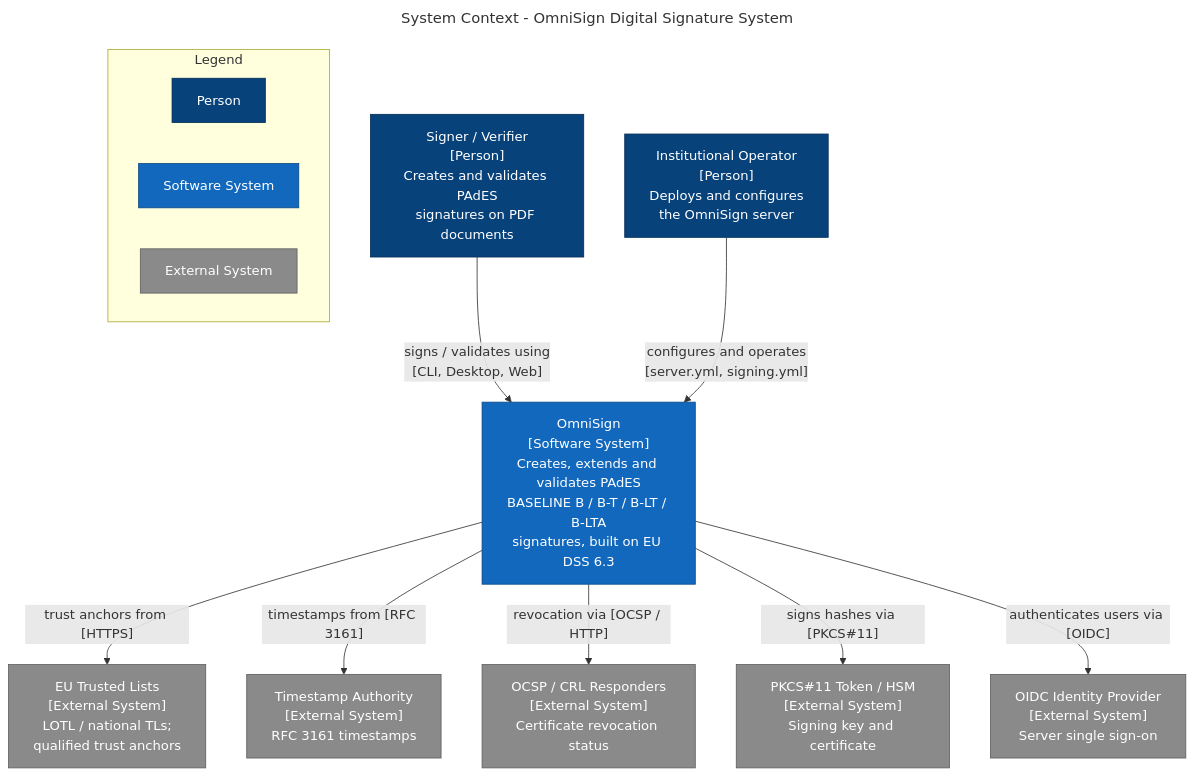
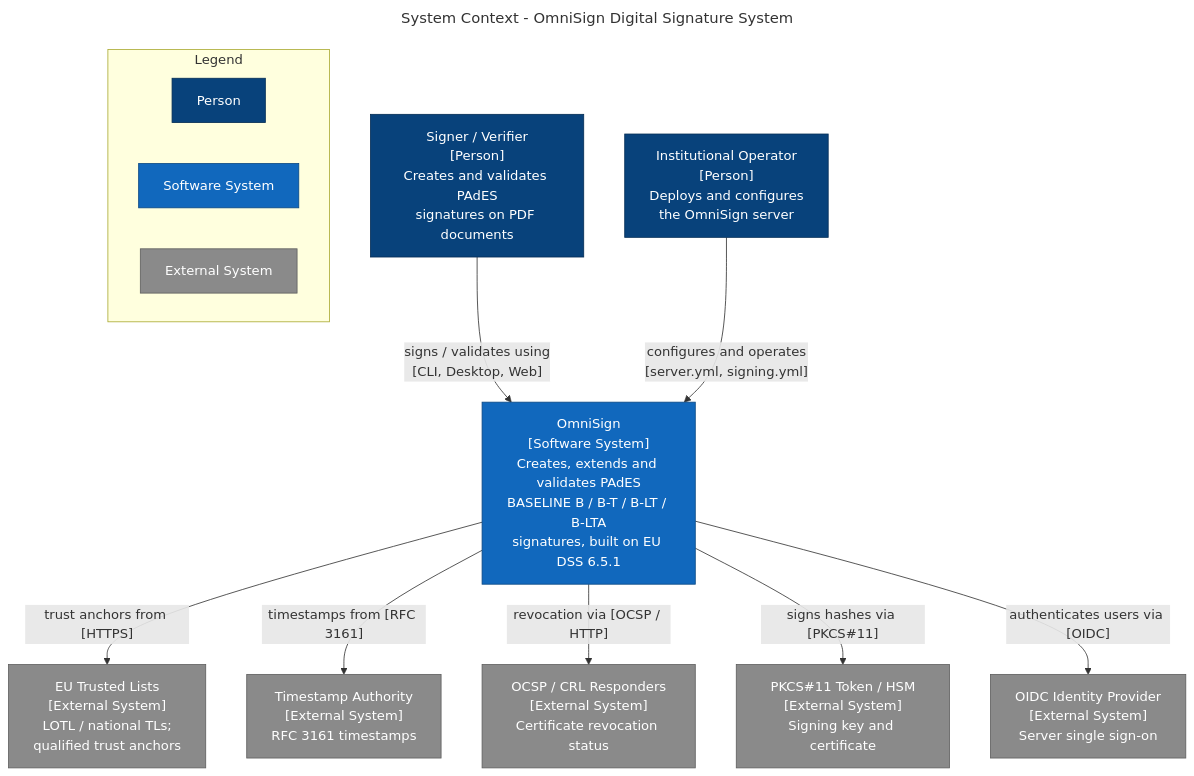
The diagram in docs/diagrams/01-system-context.mmd (pizavo/omnisign), drawn with Mermaid before and after one commit. The commit also changed 69 other files, not shown here.

```diff
--- a/docs/diagrams/01-system-context.mmd
+++ b/docs/diagrams/01-system-context.mmd
@@ -1,36 +1,36 @@
 ---
 title: System Context - OmniSign Digital Signature System
 ---
 flowchart TB
   user["Signer / Verifier<br/>[Person]<br/>Creates and validates PAdES<br/>signatures on PDF documents"]
   admin["Institutional Operator<br/>[Person]<br/>Deploys and configures<br/>the OmniSign server"]
 
-  omnisign["OmniSign<br/>[Software System]<br/>Creates, extends and validates PAdES<br/>BASELINE B / B-T / B-LT / B-LTA<br/>signatures, built on EU DSS 6.3"]
+  omnisign["OmniSign<br/>[Software System]<br/>Creates, extends and validates PAdES<br/>BASELINE B / B-T / B-LT / B-LTA<br/>signatures, built on EU DSS 6.5.1"]
 
   tl["EU Trusted Lists<br/>[External System]<br/>LOTL / national TLs;<br/>qualified trust anchors"]
   tsa["Timestamp Authority<br/>[External System]<br/>RFC 3161 timestamps"]
   rev["OCSP / CRL Responders<br/>[External System]<br/>Certificate revocation status"]
   idp["OIDC Identity Provider<br/>[External System]<br/>Server single sign-on"]
   token["PKCS#11 Token / HSM<br/>[External System]<br/>Signing key and certificate"]
 
   user -->|"signs / validates using<br/>[CLI, Desktop, Web]"| omnisign
   admin -->|"configures and operates<br/>[server.yml, signing.yml]"| omnisign
   omnisign -->|"trust anchors from [HTTPS]"| tl
   omnisign -->|"timestamps from [RFC 3161]"| tsa
   omnisign -->|"revocation via [OCSP / HTTP]"| rev
   omnisign -->|"signs hashes via [PKCS#11]"| token
   omnisign -->|"authenticates users via [OIDC]"| idp
 
   subgraph legend["Legend"]
     direction LR
     lp["Person"]:::person
     ls["Software System"]:::system
     le["External System"]:::external
   end
 
   classDef person fill:#08427b,stroke:#052e56,color:#ffffff
   classDef system fill:#1168bd,stroke:#0b4884,color:#ffffff
   classDef external fill:#8a8a8a,stroke:#5f5f5f,color:#ffffff
   class user,admin person
   class omnisign system
   class tl,tsa,rev,idp,token external
```
